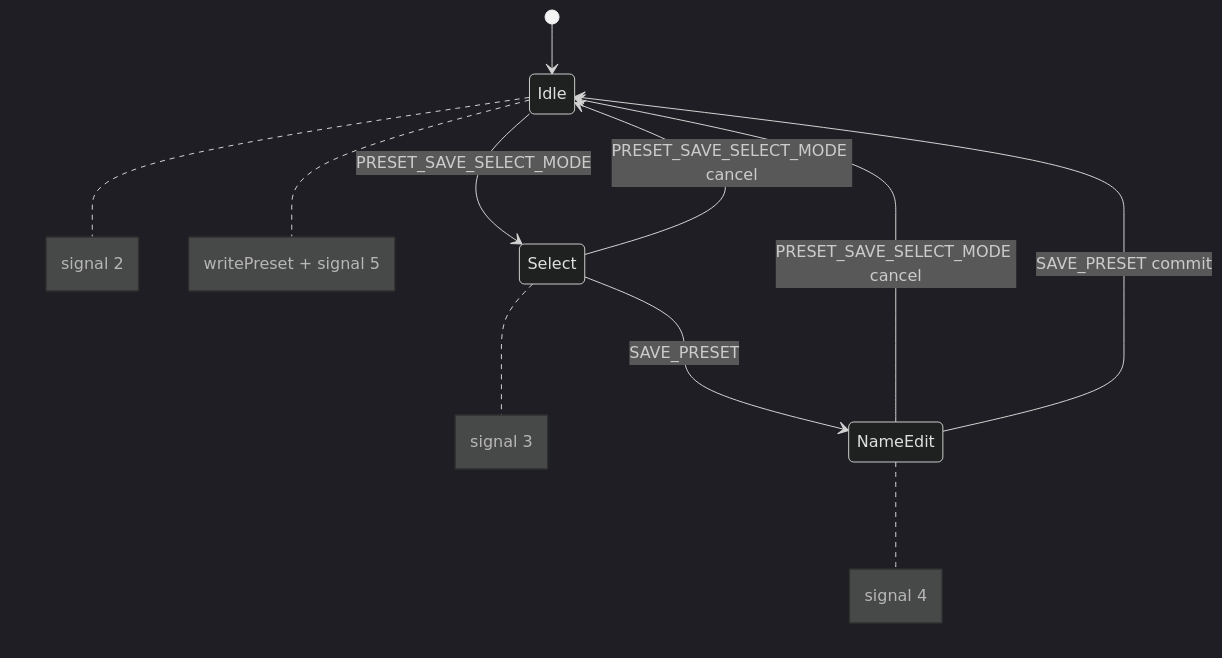
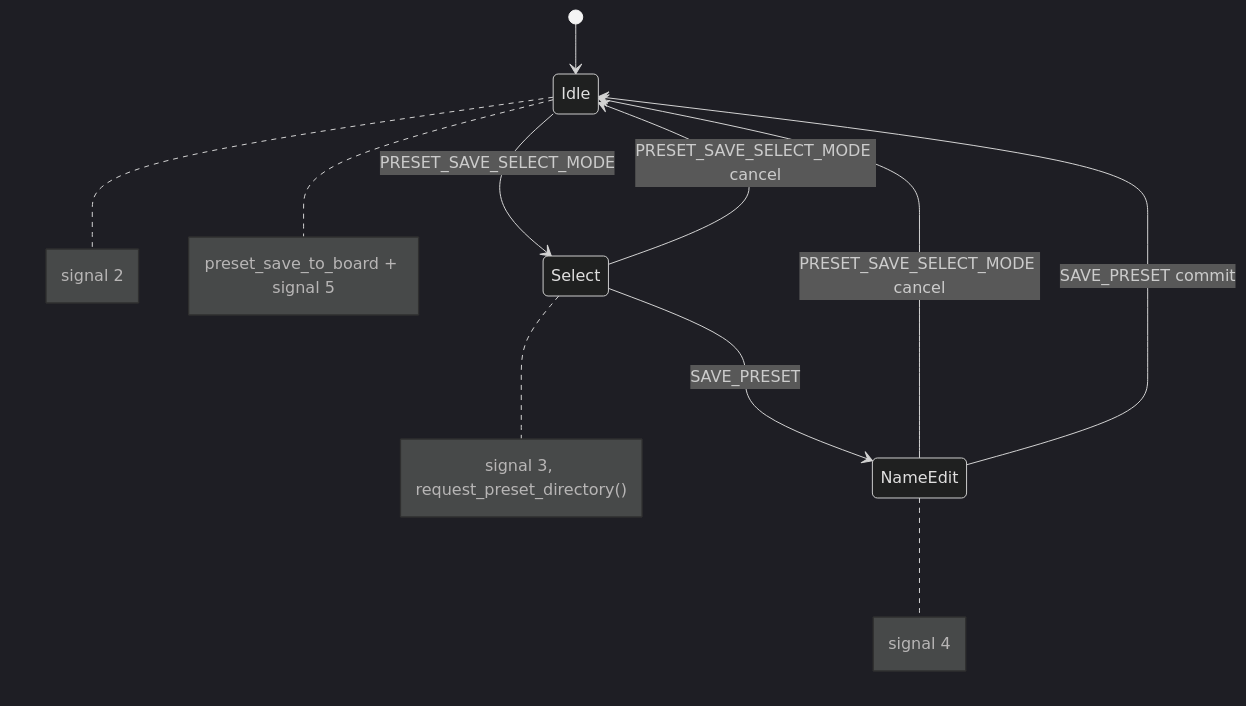
Before and after one commit to felipegaspari/DCO3-MONOSYNTH-INPUT-CONTROLLER: the second of 2 diagrams in docs/PRESETS.md, drawn with Mermaid (dark theme). The commit also changed other lines of this file and 23 other files, not shown here.

````diff
--- a/docs/PRESETS.md
+++ b/docs/PRESETS.md
@@ -81,13 +116,13 @@
 ```mermaid
 stateDiagram-v2
   [*] --> Idle
   Idle --> Select: PRESET_SAVE_SELECT_MODE
-  note right of Select: signal 3
+  note right of Select: signal 3, request_preset_directory()
   Select --> Idle: PRESET_SAVE_SELECT_MODE cancel
   note right of Idle: signal 2
   Select --> NameEdit: SAVE_PRESET
   note right of NameEdit: signal 4
   NameEdit --> Idle: PRESET_SAVE_SELECT_MODE cancel
   NameEdit --> Idle: SAVE_PRESET commit
-  note right of Idle: writePreset + signal 5
+  note right of Idle: preset_save_to_board + signal 5
 ```
````
